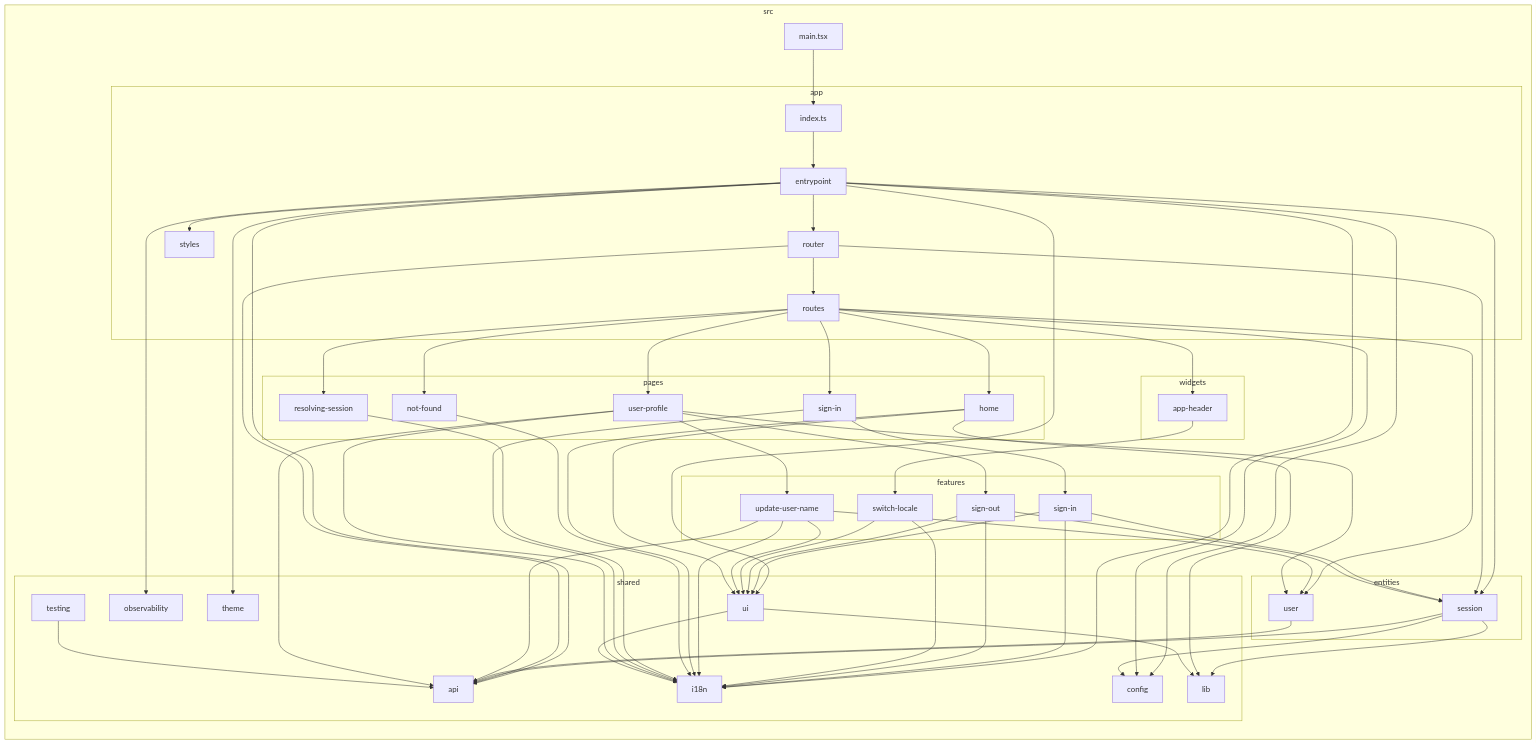
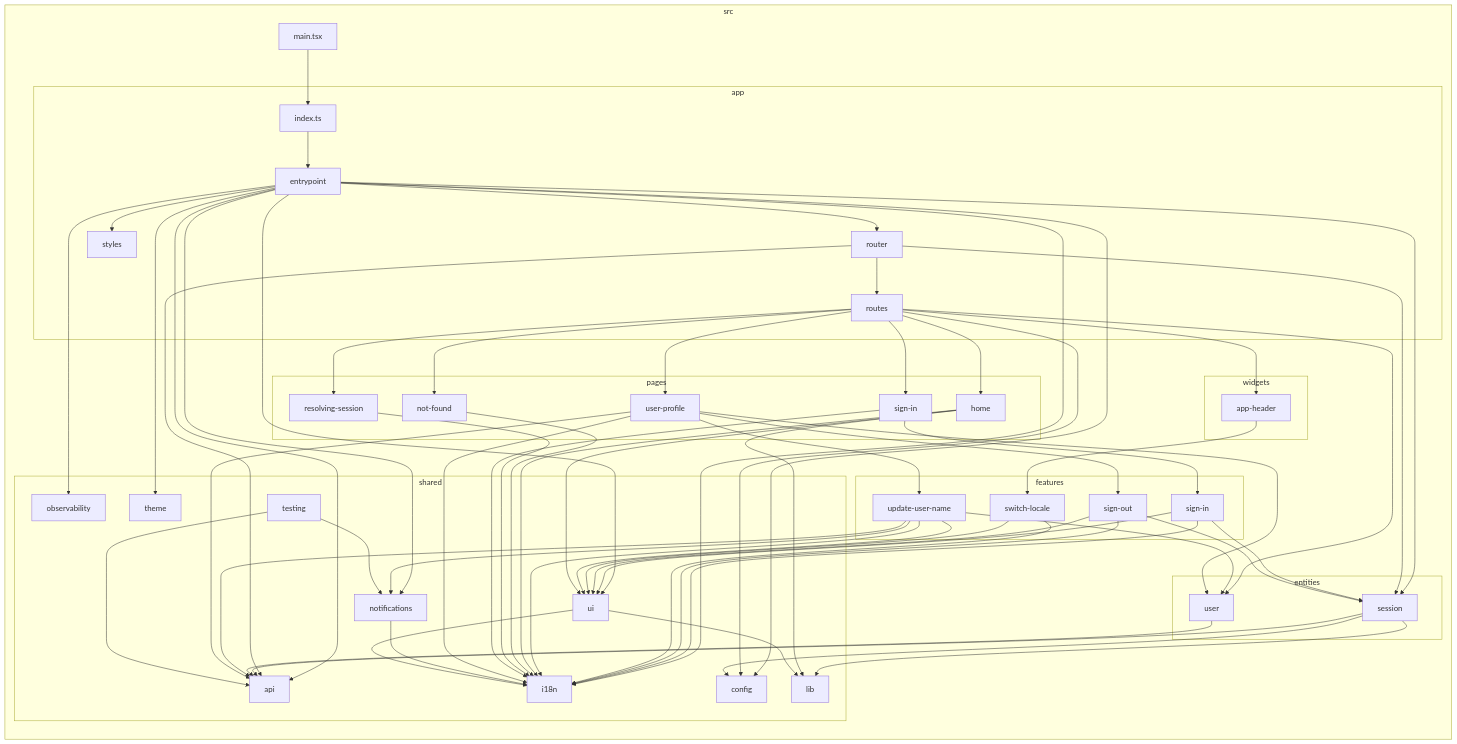
One commit to khusenov/frontend-boilerplate changed the diagram in docs/architecture-graph.md. Above: the diagram before and after it, drawn with Mermaid. The commit also changed 47 other files, not shown here.

````diff
--- a/docs/architecture-graph.md
+++ b/docs/architecture-graph.md
@@ -32,21 +32,23 @@
 O["config"]
 P["i18n"]
 Q["lib"]
-R["observability"]
-S["testing"]
-T["theme"]
-U["ui"]
+R["notifications"]
+S["observability"]
+T["testing"]
+U["theme"]
+V["ui"]
 end
-subgraph V["widgets"]
-W["app-header"]
+subgraph W["widgets"]
+X["app-header"]
 end
 end
-2-->U
+2-->V
+2-->S
 2-->R
 2-->8
 2-->N
 2-->P
-2-->T
+2-->U
 2-->4
 2-->6
 2-->O
@@ -56,7 +58,7 @@
 4-->5
 5-->I
 5-->O
-5-->W
+5-->X
 5-->J
 5-->9
 5-->L
@@ -68,20 +70,21 @@
 9-->N
 B-->P
 B-->8
-B-->U
+B-->V
 C-->8
 C-->P
-C-->U
+C-->V
 D-->P
-D-->U
+D-->V
+E-->P
 E-->9
 E-->N
-E-->P
-E-->U
+E-->R
+E-->V
 F-->3
 H-->P
 H-->Q
-H-->U
+H-->V
 I-->P
 J-->P
 K-->B
@@ -91,8 +94,10 @@
 L-->P
 L-->9
 L-->N
-S-->N
-U-->Q
-U-->P
-W-->D
+R-->P
+T-->N
+T-->R
+V-->Q
+V-->P
+X-->D
 ```
````
